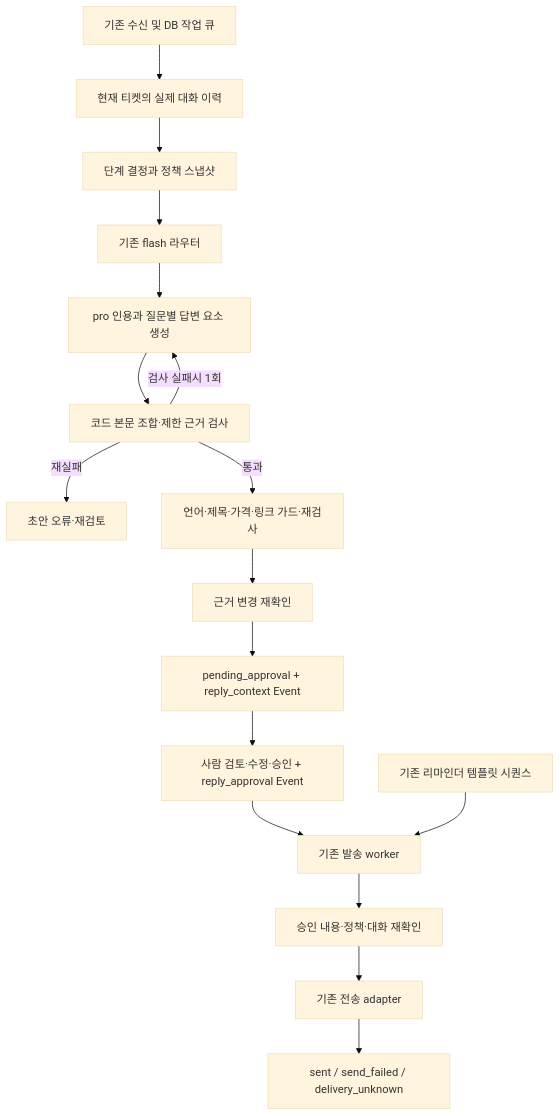
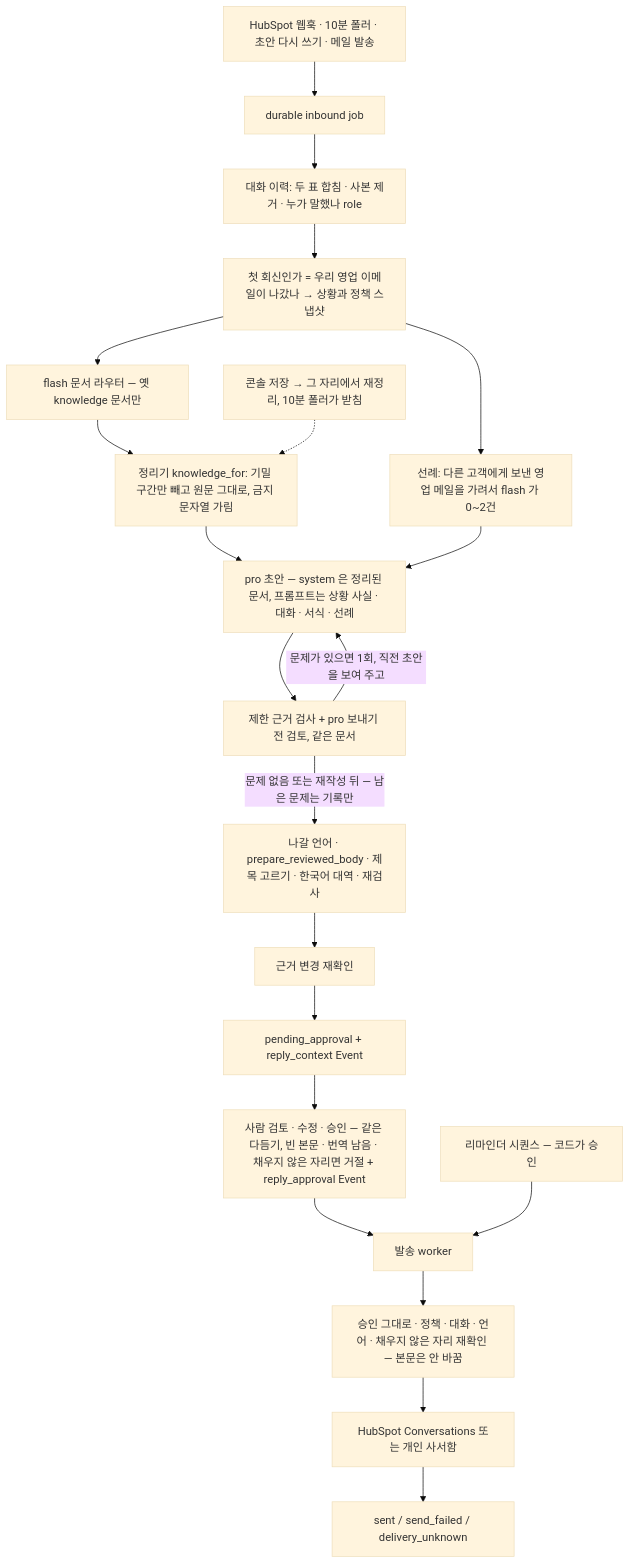
Before and after one commit to alpaka206/sales-automation: the diagram in docs/architecture/policy-response-system.md, drawn with Mermaid (base theme). The commit also changed other lines of this file and 63 other files, not shown here.

````diff
--- a/docs/architecture/policy-response-system.md
+++ b/docs/architecture/policy-response-system.md
@@ -19,19 +21,23 @@
 ```mermaid
 flowchart TD
-  A[기존 수신 및 DB 작업 큐] --> B[현재 티켓의 실제 대화 이력]
-  B --> C[단계 결정과 정책 스냅샷]
-  C --> D[기존 flash 라우터]
-  D --> E[pro 인용과 질문별 답변 요소 생성]
-  E --> V[코드 본문 조합·제한 근거 검사]
-  V -->|검사 실패시 1회| E
-  V -->|재실패| X[초안 오류·재검토]
-  V -->|통과| F[언어·제목·가격·링크 가드·재검사]
-  F --> G[근거 변경 재확인]
-  G --> H[pending_approval + reply_context Event]
-  H --> I[사람 검토·수정·승인 + reply_approval Event]
-  I --> J[기존 발송 worker]
-  J --> K[승인 내용·정책·대화 재확인]
-  K --> L[기존 전송 adapter]
-  L --> M[sent / send_failed / delivery_unknown]
-  R[기존 리마인더 템플릿 시퀀스] --> J
+  A["HubSpot 웹훅 · 10분 폴러 · 초안 다시 쓰기 · 메일 발송"] --> Q["durable inbound job"]
+  Q --> B["대화 이력: 두 표 합침 · 사본 제거 · 누가 말했나 role"]
+  B --> C["첫 회신인가 = 우리 영업 이메일이 나갔나 → 상황과 정책 스냅샷"]
+  C --> D["flash 문서 라우터 — 옛 knowledge 문서만"]
+  D --> K["정리기 knowledge_for: 기밀 구간만 빼고 원문 그대로, 금지 문자열 가림"]
+  C --> P["선례: 다른 고객에게 보낸 영업 메일을 가려서 flash 가 0~2건"]
+  K --> E["pro 초안 — system 은 정리된 문서, 프롬프트는 상황 사실 · 대화 · 서식 · 선례"]
+  P --> E
+  E --> V["제한 근거 검사 + pro 보내기 전 검토, 같은 문서"]
+  V -->|문제가 있으면 1회, 직전 초안을 보여 주고| E
+  V -->|문제 없음 또는 재작성 뒤 — 남은 문제는 기록만| F["나갈 언어 · prepare_reviewed_body · 제목 고르기 · 한국어 대역 · 재검사"]
+  F --> G["근거 변경 재확인"]
+  G --> H["pending_approval + reply_context Event"]
+  H --> I["사람 검토 · 수정 · 승인 — 같은 다듬기, 빈 본문 · 번역 남음 · 채우지 않은 자리면 거절 + reply_approval Event"]
+  I --> J["발송 worker"]
+  J --> L["승인 그대로 · 정책 · 대화 · 언어 · 채우지 않은 자리 재확인 — 본문은 안 바꿈"]
+  L --> M["HubSpot Conversations 또는 개인 사서함"]
+  M --> N["sent / send_failed / delivery_unknown"]
+  R["리마인더 시퀀스 — 코드가 승인"] --> J
+  S["콘솔 저장 → 그 자리에서 재정리, 10분 폴러가 받침"] -.-> K
 ```
````
